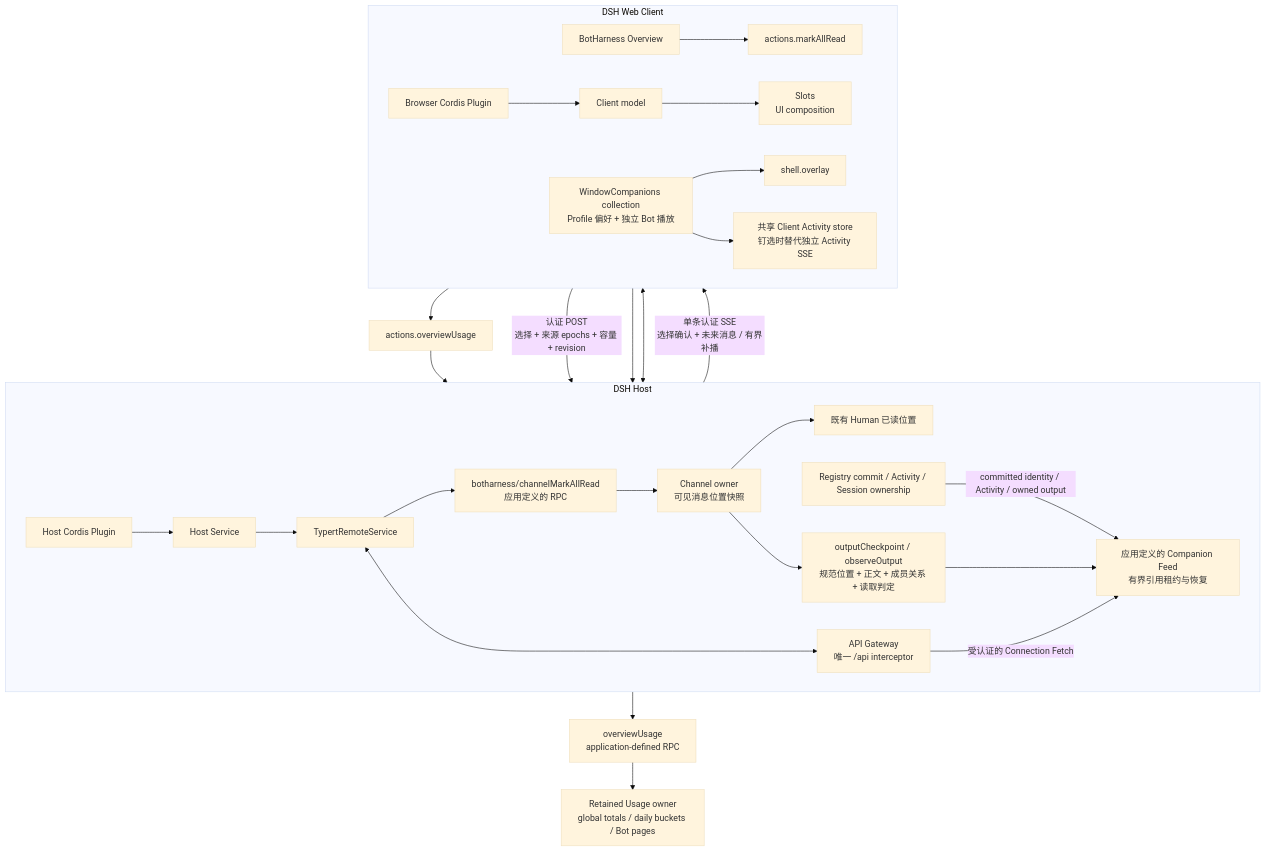
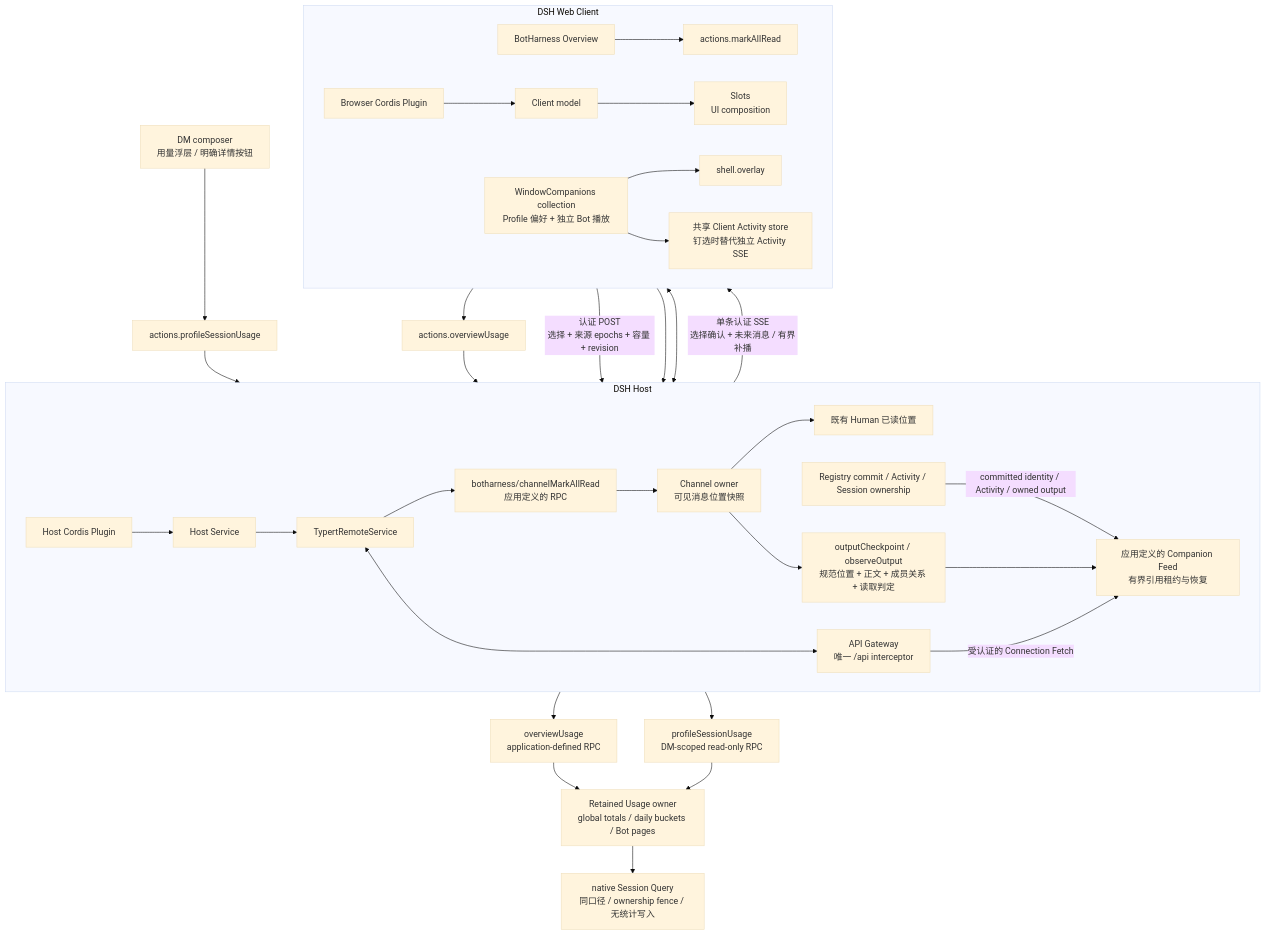
One commit to sdkwork-ai/sdkwork-deepseekbot changed the diagram in docs/architecture/diagrams/09-dsh-host-client.mmd. Above: the diagram before and after it, drawn with Mermaid (base theme). The commit also changed 43 other files, not shown here.

First line of the commit message:
feat(client): add scoped DM composer context and shortcuts (#1432)

```diff
--- a/docs/architecture/diagrams/09-dsh-host-client.mmd
+++ b/docs/architecture/diagrams/09-dsh-host-client.mmd
@@ -1,30 +1,35 @@
 flowchart TB
   subgraph Host["DSH Host"]
     direction LR
     HostPlugin["Host Cordis Plugin"] --> Service["Host Service"]
     Service --> Remote["TypertRemoteService"]
     ReadRPC["botharness/channelMarkAllRead<br/>应用定义的 RPC"] --> Channels["Channel owner<br/>可见消息位置快照"]
     Channels --> ReadPositions["既有 Human 已读位置"]
     Remote <--> Gateway["API Gateway<br/>唯一 /api interceptor"]
     Registry["Registry commit / Activity / Session ownership"] -->|"committed identity / Activity / owned output"| Feed["应用定义的 Companion Feed<br/>有界引用租约与恢复"]
     Channels --> Observation["outputCheckpoint / observeOutput<br/>规范位置 + 正文 + 成员关系 + 读取判定"]
     Observation --> Feed
   end
   subgraph Browser["DSH Web Client"]
     direction LR
     ClientPlugin["Browser Cordis Plugin"] --> Model["Client model"]
     Overview["BotHarness Overview"] --> ReadAction["actions.markAllRead"]
     Model --> Slots["Slots<br/>UI composition"]
     Companion["WindowCompanions collection<br/>Profile 偏好 + 独立 Bot 播放"] --> Overlay["shell.overlay"]
     Companion --> Activity["共享 Client Activity store<br/>钉选时替代独立 Activity SSE"]
   end
   Gateway <--> Model
   Gateway -->|"受认证的 Connection Fetch"| Feed
   Feed -->|"单条认证 SSE<br/>选择确认 + 未来消息 / 有界补播"| Companion
   Companion -->|"认证 POST<br/>选择 + 来源 epochs + 容量 + revision"| Feed
   ReadAction --> Gateway
   Remote --> ReadRPC
   Overview --> UsageAction["actions.overviewUsage"]
   UsageAction --> Gateway
   Remote --> UsageRPC["overviewUsage<br/>application-defined RPC"]
   UsageRPC --> UsageOwner["Retained Usage owner<br/>global totals / daily buckets / Bot pages"]
+  Composer["DM composer<br/>用量浮层 / 明确详情按钮"] --> SessionAction["actions.profileSessionUsage"]
+  SessionAction --> Gateway
+  Remote --> SessionRPC["profileSessionUsage<br/>DM-scoped read-only RPC"]
+  SessionRPC --> UsageOwner
+  UsageOwner --> SessionQuery["native Session Query<br/>同口径 / ownership fence / 无统计写入"]
```
